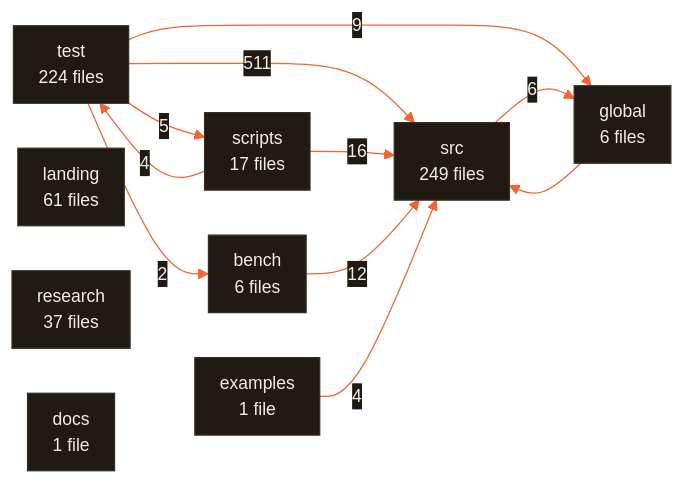
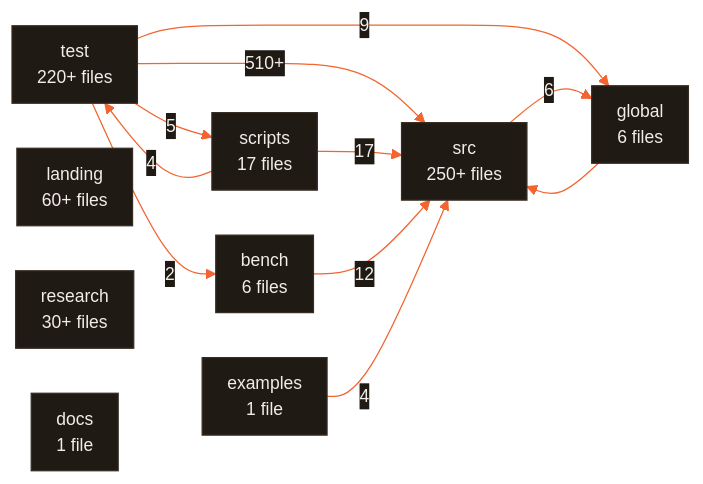
The diagram in ARCHITECTURE.md (CodeWithJuber/forgekit), drawn with Mermaid before and after one commit. The commit also changed 15 other files, not shown here.

````diff
--- a/ARCHITECTURE.md
+++ b/ARCHITECTURE.md
@@ -680,23 +680,23 @@
 ```mermaid
 %%{init: {'theme':'base','themeVariables':{'primaryColor':'#201a15','primaryTextColor':'#f2ede7','primaryBorderColor':'#372c22','lineColor':'#f26430','secondaryColor':'#272019','tertiaryColor':'#171310','edgeLabelBackground':'#201a15','clusterBkg':'#171310','clusterBorder':'#4a3b2e','fontFamily':'ui-sans-serif, system-ui, sans-serif','fontSize':'14px'},'flowchart':{'curve':'basis','padding':10,'nodeSpacing':36,'rankSpacing':44}}}%%
 flowchart LR
-  src["src<br/>249 files"]
-  test["test<br/>224 files"]
-  landing["landing<br/>61 files"]
-  research["research<br/>37 files"]
+  src["src<br/>250+ files"]
+  test["test<br/>220+ files"]
+  landing["landing<br/>60+ files"]
+  research["research<br/>30+ files"]
   scripts["scripts<br/>17 files"]
   bench["bench<br/>6 files"]
   global["global<br/>6 files"]
   docs["docs<br/>1 file"]
   examples["examples<br/>1 file"]
-  test -- 511 --> src
-  scripts -- 16 --> src
+  test -- 510+ --> src
+  scripts -- 17 --> src
   bench -- 12 --> src
   test -- 9 --> global
   src -- 6 --> global
   test -- 5 --> scripts
   examples -- 4 --> src
   scripts -- 4 --> test
   test -- 2 --> bench
   global --> src
 ```
````
